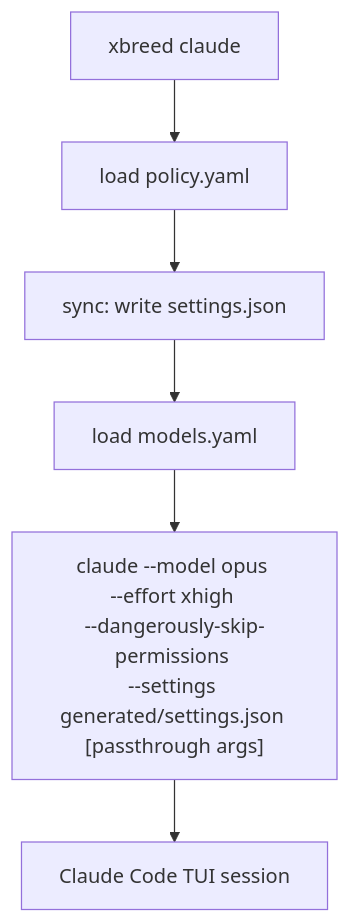
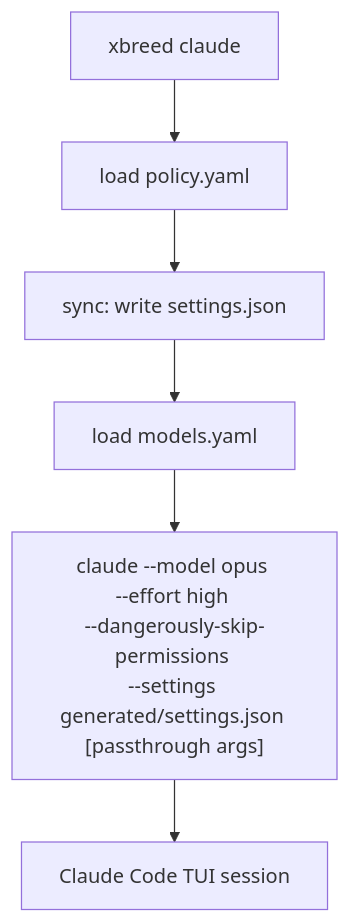
The third of 11 diagrams in docs/command-flows.md (VeigaPunk/xbrd-gdsp-fknpft), drawn with Mermaid before and after one commit. The commit also changed other lines of this file and 9 other files, not shown here.

First line of the commit message:
refactor(ask): collapse gemini OAuth cascade to single default path; downgrade judge xhigh→high

````diff
--- a/docs/command-flows.md
+++ b/docs/command-flows.md
@@ -55,8 +55,8 @@
 ```mermaid
 flowchart TD
     A[xbreed claude] --> B[load policy.yaml]
     B --> C[sync: write settings.json]
     C --> D[load models.yaml]
-    D --> E["claude --model opus \n--effort xhigh \n--dangerously-skip-permissions \n--settings generated/settings.json \n[passthrough args]"]
+    D --> E["claude --model opus \n--effort high \n--dangerously-skip-permissions \n--settings generated/settings.json \n[passthrough args]"]
     E --> F[Claude Code TUI session]
 ```
````
